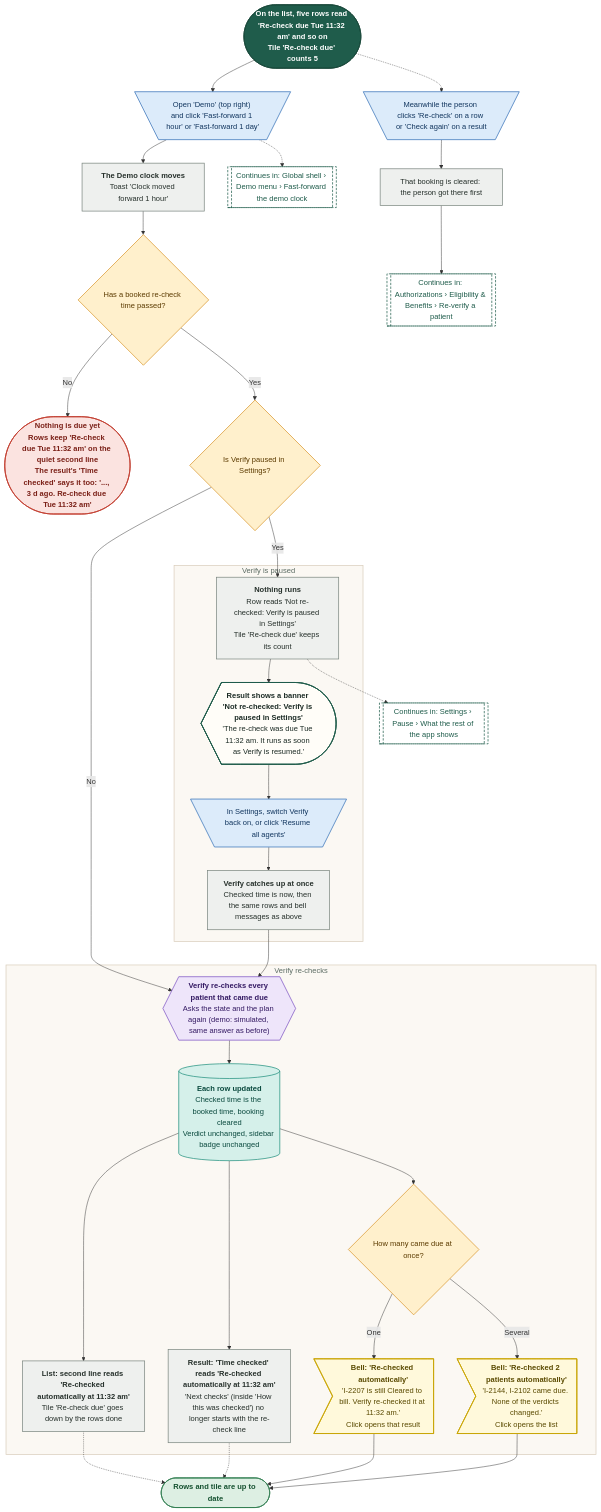
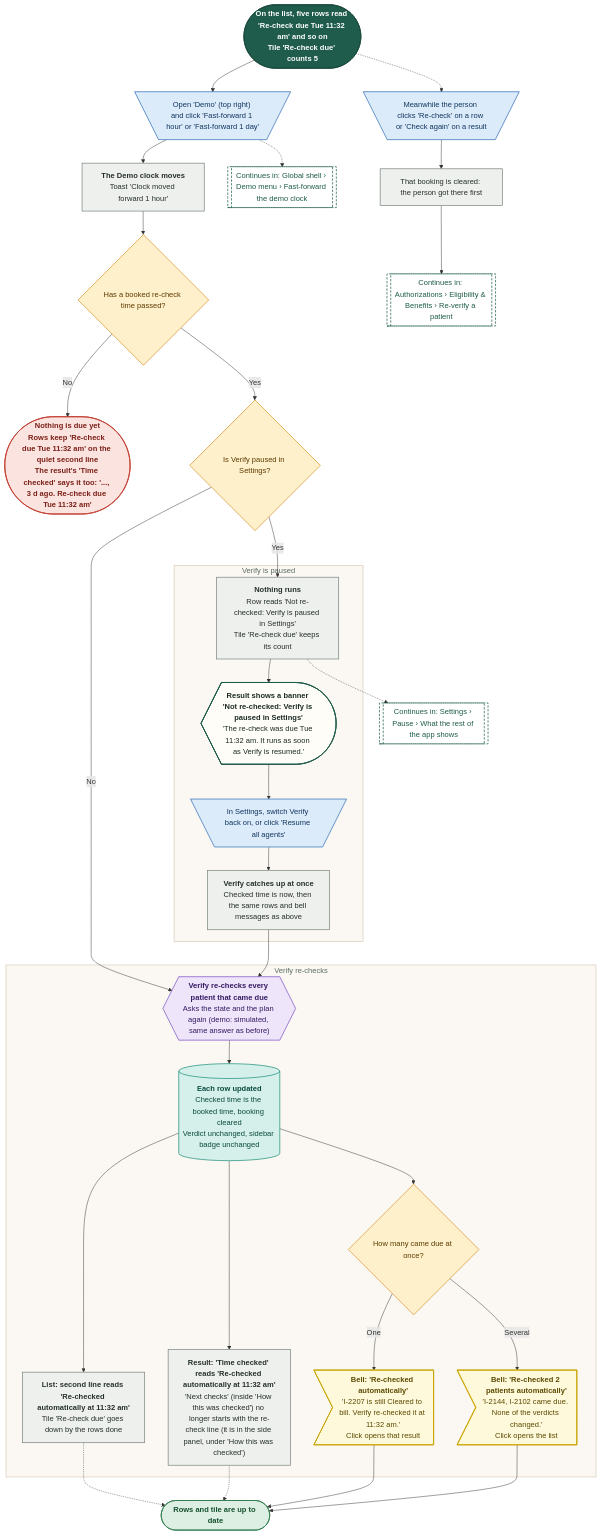
Diagram 23 of 28 in demos/prior-auth-demo/workflows/out/md/05-eligibility.md (Shrav143/psyfloapp), drawn with Mermaid before and after one commit. The commit also changed other lines of this file and 251 other files, not shown here.

First line of the commit message:
docs: rebuild the workflow diagrams (291) for round 4

````diff
--- a/demos/prior-auth-demo/workflows/out/md/05-eligibility.md
+++ b/demos/prior-auth-demo/workflows/out/md/05-eligibility.md
@@ -1662,72 +1826,72 @@
 ```mermaid
 %%{init: {"theme":"base","themeVariables":{"fontFamily":"'DM Sans', 'Segoe UI', system-ui, sans-serif","fontSize":"15px","lineColor":"#5B6B63","primaryTextColor":"#1C2B25","clusterBkg":"#FBF8F3","clusterBorder":"#D9CDBB","edgeLabelBackground":"#FFFFFF"},"flowchart":{"curve":"basis","nodeSpacing":36,"rankSpacing":48,"padding":12,"htmlLabels":true,"useMaxWidth":false,"wrappingWidth":230}} }%%
 flowchart TD
   classDef k_start fill:#1F5C4B,stroke:#174638,color:#FFFFFF,stroke-width:1.5px,font-weight:600
   classDef k_end fill:#DDEFE3,stroke:#2E7D4F,color:#14502F,stroke-width:1.5px,font-weight:600
   classDef k_endx fill:#FBE3E0,stroke:#C0392B,color:#7A1F16,stroke-width:1.5px,font-weight:600
   classDef k_screen fill:#FFFDF8,stroke:#1F5C4B,color:#1C2B25,stroke-width:2px
   classDef k_overlay fill:#F1F7F3,stroke:#1F5C4B,color:#1C2B25,stroke-width:2px,stroke-dasharray:5 3
   classDef k_click fill:#DCEBFA,stroke:#2F6DB5,color:#12365F,stroke-width:1.5px
   classDef k_input fill:#E4E7FF,stroke:#4C5FD5,color:#1D2670,stroke-width:1.5px
   classDef k_process fill:#EEF0EE,stroke:#7A857F,color:#26302B,stroke-width:1.5px
   classDef k_agent fill:#EEE5FA,stroke:#7A4FC2,color:#341A63,stroke-width:1.5px
   classDef k_decision fill:#FFF0CC,stroke:#D9962B,color:#5C3B00,stroke-width:1.5px
   classDef k_store fill:#D5F0EA,stroke:#1C8E7B,color:#0B4A3F,stroke-width:1.5px
   classDef k_doc fill:#F6E9DC,stroke:#B07A4C,color:#4A2E14,stroke-width:1.5px
   classDef k_ext fill:#FFE6D2,stroke:#E07B39,color:#6B2F06,stroke-width:1.5px
   classDef k_wait fill:#E4E8EE,stroke:#6B7C93,color:#26303D,stroke-width:1.5px
   classDef k_toast fill:#FFF9DB,stroke:#C9A400,color:#5A4A00,stroke-width:1.5px
   classDef k_goto fill:#FFFFFF,stroke:#1F5C4B,color:#1F5C4B,stroke-width:1.5px,stroke-dasharray:5 3
   s1@{ shape: stadium, label: "<b>On the list, five rows read 'Re-check due Tue 11:32 am' and so on</b><br/>Tile 'Re-check due' counts 5" }
   c1@{ shape: trap-t, label: "Open 'Demo' (top right) and click 'Fast-forward 1 hour' or 'Fast-forward 1 day'" }
   p1@{ shape: rect, label: "<b>The Demo clock moves</b><br/>Toast 'Clock moved forward 1 hour'" }
   q1@{ shape: diam, label: "Has a booked re-check time passed?" }
   e0@{ shape: stadium, label: "<b>Nothing is due yet</b><br/>Rows keep 'Re-check due Tue 11:32 am' on the quiet second line<br/>The result's 'Time checked' says it too: '..., 3 d ago. Re-check due Tue 11:32 am'" }
   q2@{ shape: diam, label: "Is Verify paused in Settings?" }
   subgraph gRun ["Verify re-checks"]
   a1@{ shape: hex, label: "<b>Verify re-checks every patient that came due</b><br/>Asks the state and the plan again (demo: simulated, same answer as before)" }
   st1@{ shape: cyl, label: "<b>Each row updated</b><br/>Checked time is the booked time, booking cleared<br/>Verdict unchanged, sidebar badge unchanged" }
   r1@{ shape: rect, label: "<b>List: second line reads 'Re-checked automatically at 11:32 am'</b><br/>Tile 'Re-check due' goes down by the rows done" }
-  r2@{ shape: rect, label: "<b>Result: 'Time checked' reads 'Re-checked automatically at 11:32 am'</b><br/>'Next checks' (inside 'How this was checked') no longer starts with the re-check line" }
+  r2@{ shape: rect, label: "<b>Result: 'Time checked' reads 'Re-checked automatically at 11:32 am'</b><br/>'Next checks' (inside 'How this was checked') no longer starts with the re-check line (it is in the side panel, under 'How this was checked')" }
   q3@{ shape: diam, label: "How many came due at once?" }
   n1@{ shape: odd, label: "<b>Bell: 'Re-checked automatically'</b><br/>'I-2207 is still Cleared to bill. Verify re-checked it at 11:32 am.'<br/>Click opens that result" }
   n2@{ shape: odd, label: "<b>Bell: 'Re-checked 2 patients automatically'</b><br/>'I-2144, I-2102 came due. None of the verdicts changed.'<br/>Click opens the list" }
   end
   subgraph gPaused ["Verify is paused"]
   w1@{ shape: rect, label: "<b>Nothing runs</b><br/>Row reads 'Not re-checked: Verify is paused in Settings'<br/>Tile 'Re-check due' keeps its count" }
   w2@{ shape: curv-trap, label: "<b>Result shows a banner 'Not re-checked: Verify is paused in Settings'</b><br/>'The re-check was due Tue 11:32 am. It runs as soon as Verify is resumed.'" }
   c2@{ shape: trap-t, label: "In Settings, switch Verify back on, or click 'Resume all agents'" }
   w3@{ shape: rect, label: "<b>Verify catches up at once</b><br/>Checked time is now, then the same rows and bell messages as above" }
   end
   m1@{ shape: trap-t, label: "Meanwhile the person clicks 'Re-check' on a row or 'Check again' on a result" }
   m2@{ shape: rect, label: "That booking is cleared: the person got there first" }
   g1@{ shape: subproc, label: "Continues in: Authorizations › Eligibility & Benefits › Re-verify a patient" }
   g2@{ shape: subproc, label: "Continues in: Settings › Pause › What the rest of the app shows" }
   g3@{ shape: subproc, label: "Continues in: Global shell › Demo menu › Fast-forward the demo clock" }
   e1@{ shape: stadium, label: "Rows and tile are up to date" }
   s1 --> c1 --> p1 --> q1
   c1 -.-> g3
   q1 -->|"No"| e0
   q1 -->|"Yes"| q2
   q2 -->|"No"| a1 --> st1 --> r1 & r2
   st1 --> q3
   q3 -->|"One"| n1 --> e1
   q3 -->|"Several"| n2 --> e1
   r1 & r2 -.-> e1
   q2 -->|"Yes"| w1 --> w2 --> c2 --> w3 --> a1
   w1 -.-> g2
   s1 -.-> m1 --> m2 --> g1
   class s1 k_start
   class c1,c2,m1 k_click
   class p1,r1,r2,w1,w3,m2 k_process
   class q1,q2,q3 k_decision
   class e0 k_endx
   class a1 k_agent
   class st1 k_store
   class n1,n2 k_toast
   class w2 k_screen
   class g1,g2,g3 k_goto
   class e1 k_end
   style gRun fill:#FBF8F3,stroke:#D9CDBB,stroke-width:1.5px,color:#5B6B63
   style gPaused fill:#FBF8F3,stroke:#D9CDBB,stroke-width:1.5px,color:#5B6B63
 ```
````
